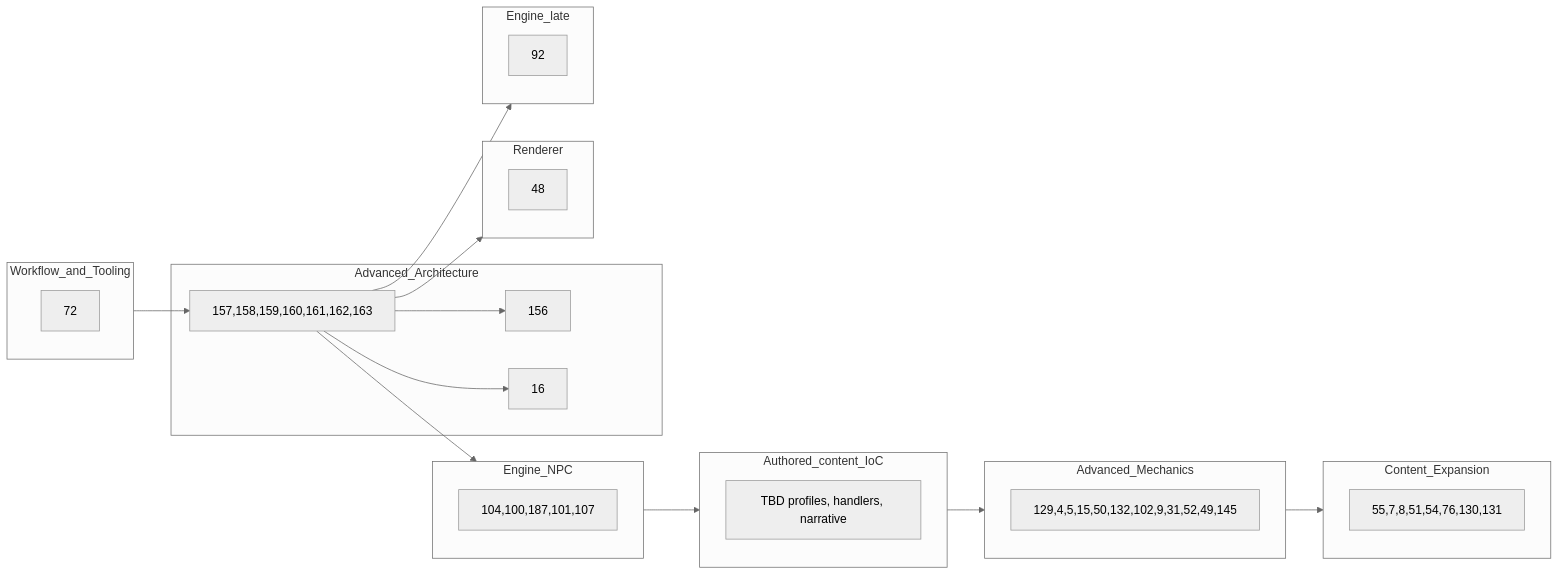
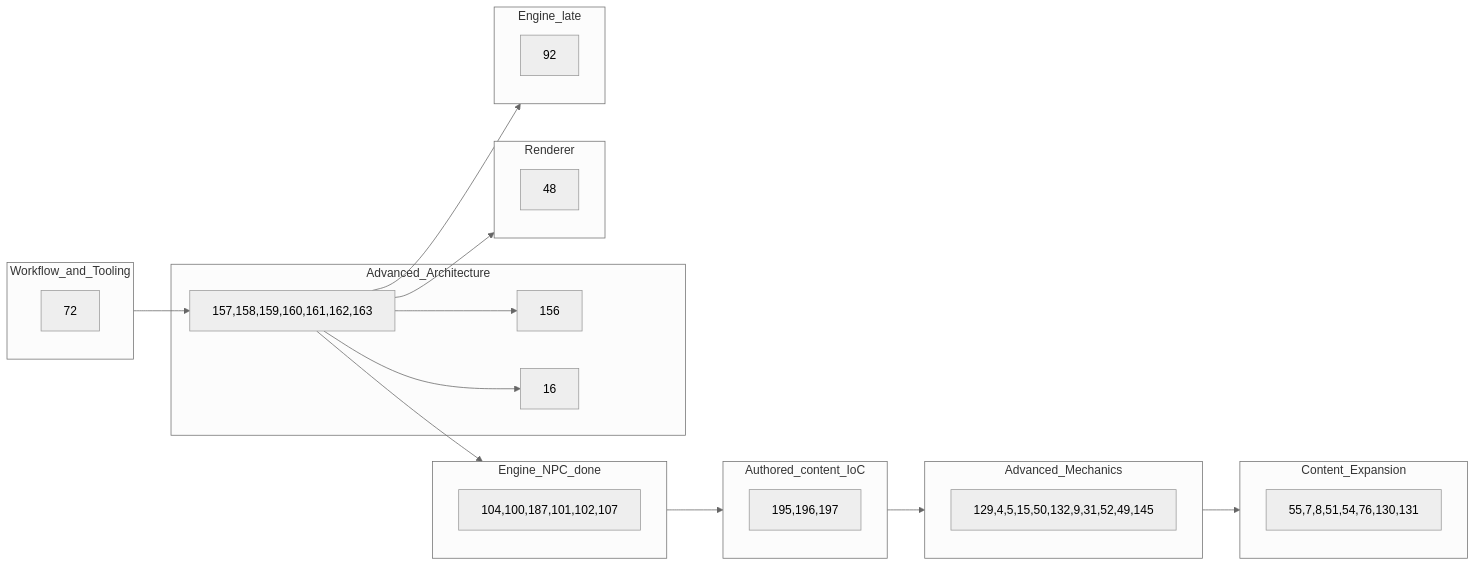
The diagram in DEV_PLAN.md (ianmays/dosmud), drawn with Mermaid (neutral theme) before and after one commit. The commit also changed other lines of this file, not shown here.

````diff
--- a/DEV_PLAN.md
+++ b/DEV_PLAN.md
@@ -44,38 +44,38 @@
 ```mermaid
 flowchart LR
   subgraph m4 [Workflow_and_Tooling]
     M4["72"]
   end
   subgraph m5 [Advanced_Architecture]
     M5chain["157,158,159,160,161,162,163"]
     M5adj["156"]
     M5late["16"]
   end
-  subgraph m9a [Engine_NPC]
-    M9a["104,100,187,101,107"]
+  subgraph m9a [Engine_NPC_done]
+    M9a["104,100,187,101,102,107"]
   end
   subgraph m10 [Authored_content_IoC]
-    M10["TBD profiles, handlers, narrative"]
+    M10["195,196,197"]
   end
   subgraph m8 [Advanced_Mechanics]
-    M8["129,4,5,15,50,132,102,9,31,52,49,145"]
+    M8["129,4,5,15,50,132,9,31,52,49,145"]
   end
   subgraph m6 [Content_Expansion]
     M6["55,7,8,51,54,76,130,131"]
   end
   subgraph m7 [Renderer]
     M7["48"]
   end
   subgraph m9b [Engine_late]
     M9b["92"]
   end
   m4 --> M5chain
   M5chain --> M5adj
   M5chain --> M5late
   M5chain --> m9a
   m9a --> m10
   m10 --> m8
   m8 --> m6
   M5chain --> m7
   M5chain --> m9b
 ```
````
